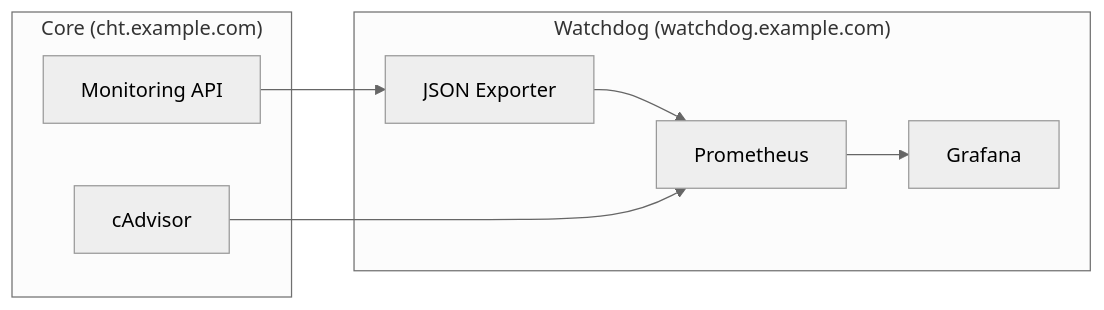
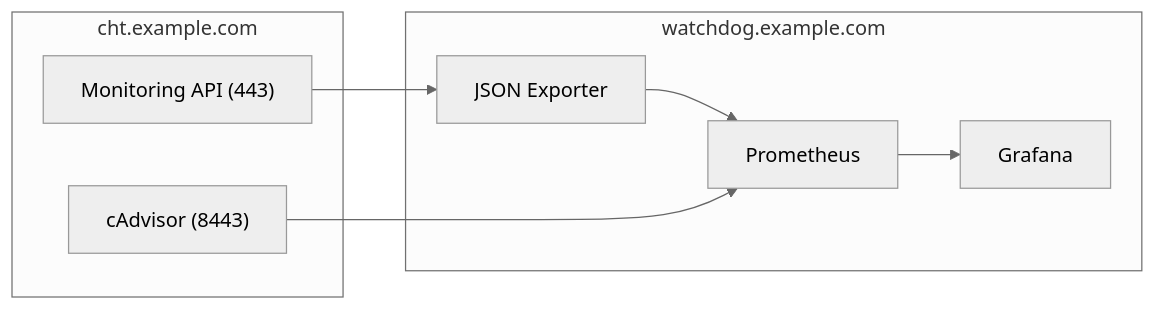
Before and after one commit to medic/cht-docs: the second of 2 diagrams in content/en/apps/guides/hosting/monitoring/integration.md, drawn with Mermaid (neutral theme). The commit also changed other lines of this file, not shown here.

````diff
--- a/content/en/apps/guides/hosting/monitoring/integration.md
+++ b/content/en/apps/guides/hosting/monitoring/integration.md
@@ -40,16 +42,16 @@
 ```mermaid
 flowchart LR
 
-subgraph core["Core (cht.example.com)"]
-  mon_api["Monitoring API"]:::client_node
+subgraph core["cht.example.com"]
+  mon_api["Monitoring API (443)"]:::client_node
   cAdvisor:::client_node
 end
 
-subgraph watchdog["Watchdog (watchdog.example.com)"]
+subgraph watchdog["watchdog.example.com"]
     json[JSON Exporter] --> Prometheus
     Prometheus --> Grafana
 end
 
-mon_api  --> json
-cAdvisor  --> Prometheus
+mon_api  -->  json
+cAdvisor["cAdvisor (8443)"] -->  Prometheus
 ```
````
